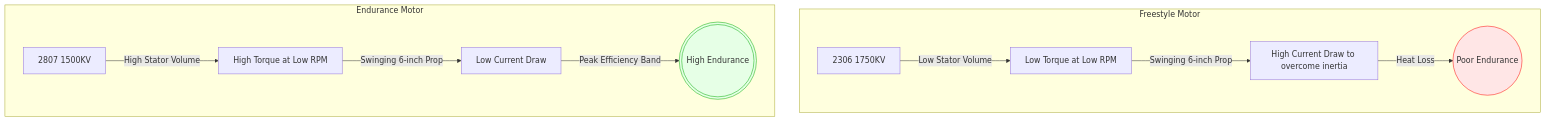
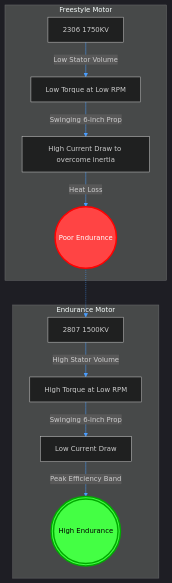
One commit to ironLegion88/Autonomous-UAV changed the second of 4 diagrams in docs/Trade_Studies/01_Propulsion_and_Endurance.md. Above: the diagram before and after it, drawn with Mermaid. The commit also changed other lines of this file and 10 other files, not shown here.

Commit message:
docs: Improve Mermaid theming contrast

````diff
--- a/docs/Trade_Studies/01_Propulsion_and_Endurance.md
+++ b/docs/Trade_Studies/01_Propulsion_and_Endurance.md
@@ -54,17 +55,20 @@
 ```mermaid
+%%{init: {'theme': 'dark', 'themeVariables': {'fontSize': '14px', 'primaryColor': '#1e1e1e', 'primaryTextColor': '#ffffff', 'primaryBorderColor': '#4a9eff', 'lineColor': '#4a9eff'}, 'flowchart': {'useMaxWidth': true}}}%%
 flowchart TD
     subgraph Freestyle Motor
     A[2306 1750KV] -->|Low Stator Volume| B[Low Torque at Low RPM]
     B -->|Swinging 6-inch Prop| C[High Current Draw to overcome inertia]
     C -->|Heat Loss| D((Poor Endurance))
     end
     
+    D -.-> E
+    
     subgraph Endurance Motor
     E[2807 1500KV] -->|High Stator Volume| F[High Torque at Low RPM]
     F -->|Swinging 6-inch Prop| G[Low Current Draw]
     G -->|Peak Efficiency Band| H(((High Endurance)))
     end
     
-    style D fill:#ffe6e6,stroke:#ff0000
-    style H fill:#e6ffe6,stroke:#00aa00
+    style D fill:#ff4444,stroke:#ff0000,stroke-width:3px,color:#ffffff
+    style H fill:#44ff44,stroke:#00aa00,stroke-width:3px,color:#000000
 ```
````
